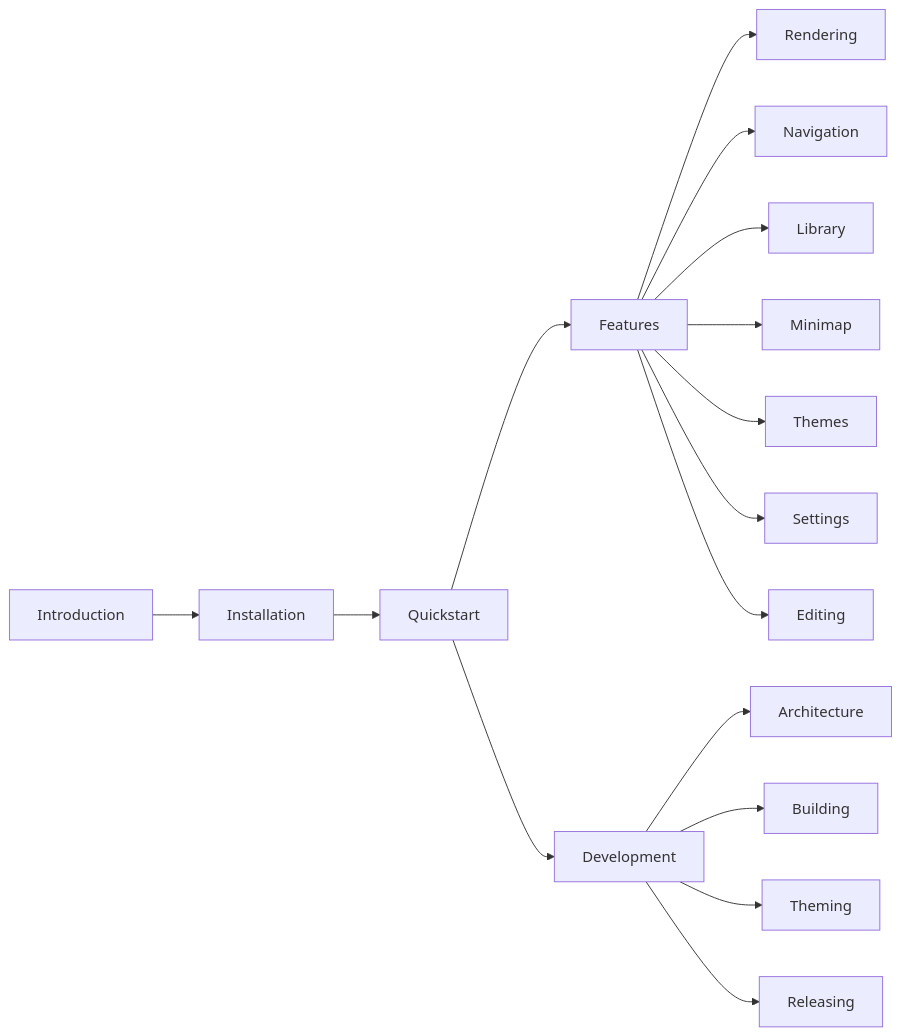
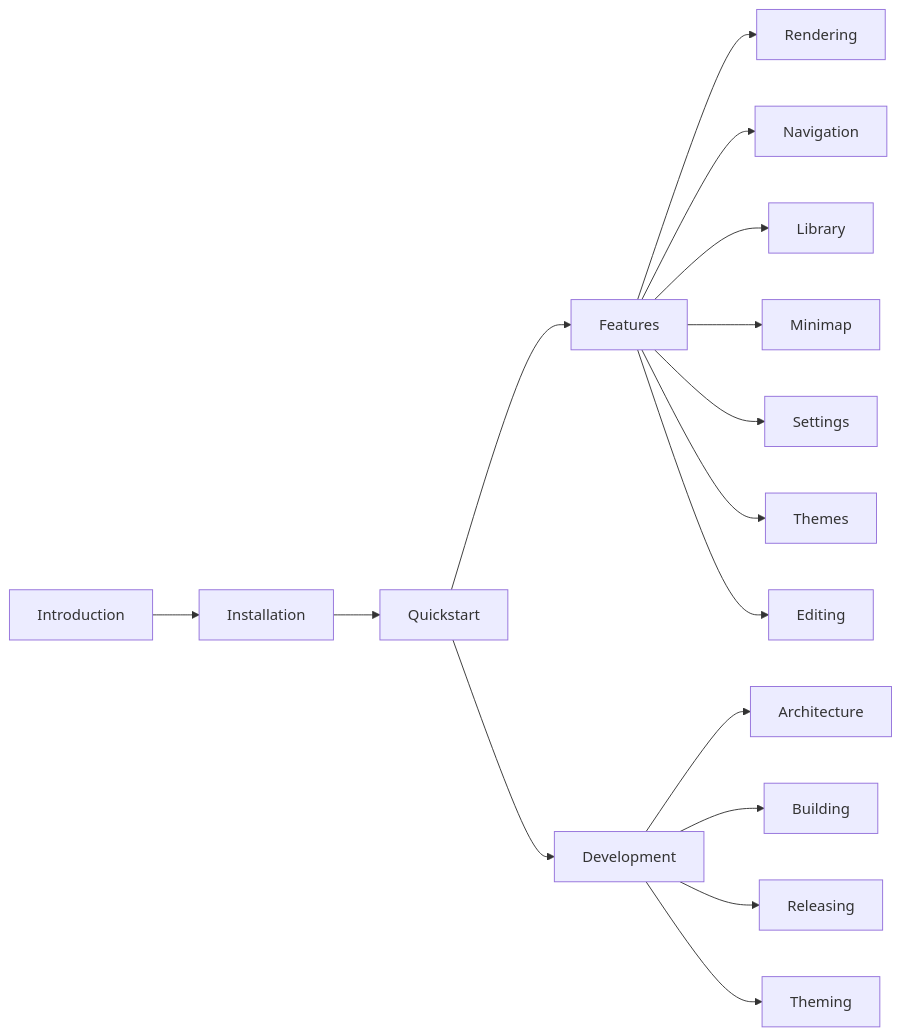
The diagram in docs/README.md (ryanallen/leaftext), drawn with Mermaid before and after one commit. The commit also changed other lines of this file and 34 other files, not shown here.

````diff
--- a/docs/README.md
+++ b/docs/README.md
@@ -9,18 +9,18 @@
 ```mermaid
 flowchart LR
     A[Introduction] --> B[Installation]
     B --> C[Quickstart]
     C --> D[Features]
     D --> E[Rendering]
     D --> F[Navigation]
     D --> G[Library]
     D --> H[Minimap]
-    D --> I[Themes]
-    D --> J[Settings]
-    D --> P[Editing]
-    C --> K[Development]
-    K --> L[Architecture]
-    K --> M[Building]
-    K --> N[Theming]
-    K --> O[Releasing]
+    D --> I[Settings]
+    D --> J[Themes]
+    D --> K[Editing]
+    C --> L[Development]
+    L --> M[Architecture]
+    L --> N[Building]
+    L --> O[Releasing]
+    L --> P[Theming]
 ```
````
